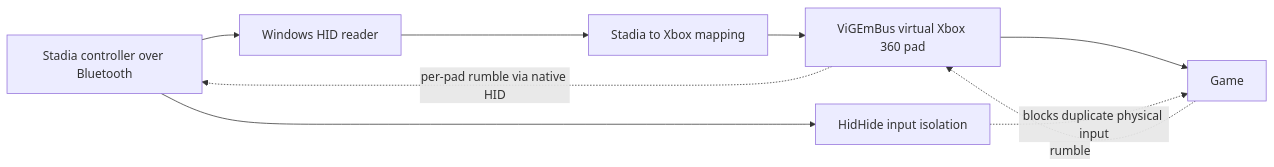
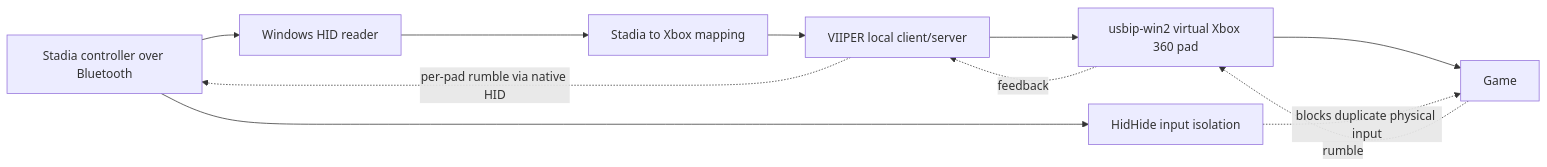
The diagram in README.md (jkid92/Stadia-XYZ), drawn with Mermaid before and after one commit. The commit also changed other lines of this file and 39 other files, not shown here.

````diff
--- a/README.md
+++ b/README.md
@@ -67,11 +69,13 @@
 ```mermaid
 flowchart LR
     A["Stadia controller over Bluetooth"] --> B["Windows HID reader"]
     B --> C["Stadia to Xbox mapping"]
-    C --> D["ViGEmBus virtual Xbox 360 pad"]
-    D --> E["Game"]
-    F["HidHide input isolation"] -. blocks duplicate physical input .-> E
+    C --> D["VIIPER local client/server"]
+    D --> E["usbip-win2 virtual Xbox 360 pad"]
+    E --> G["Game"]
+    F["HidHide input isolation"] -. blocks duplicate physical input .-> G
     A --> F
-    E -. rumble .-> D
+    G -. rumble .-> E
+    E -. feedback .-> D
     D -. per-pad rumble via native HID .-> A
 ```
````
